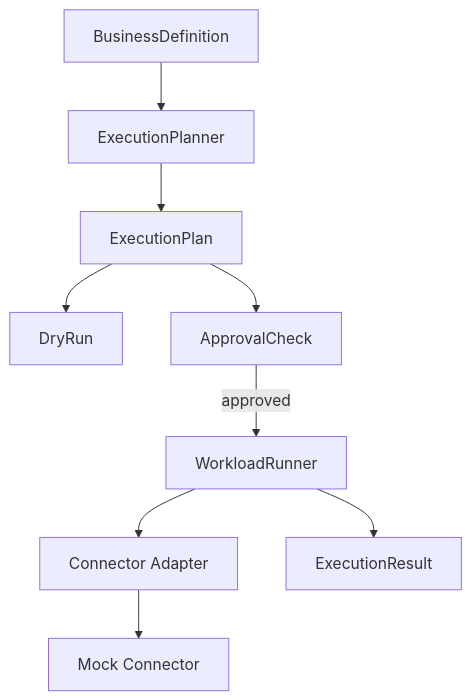
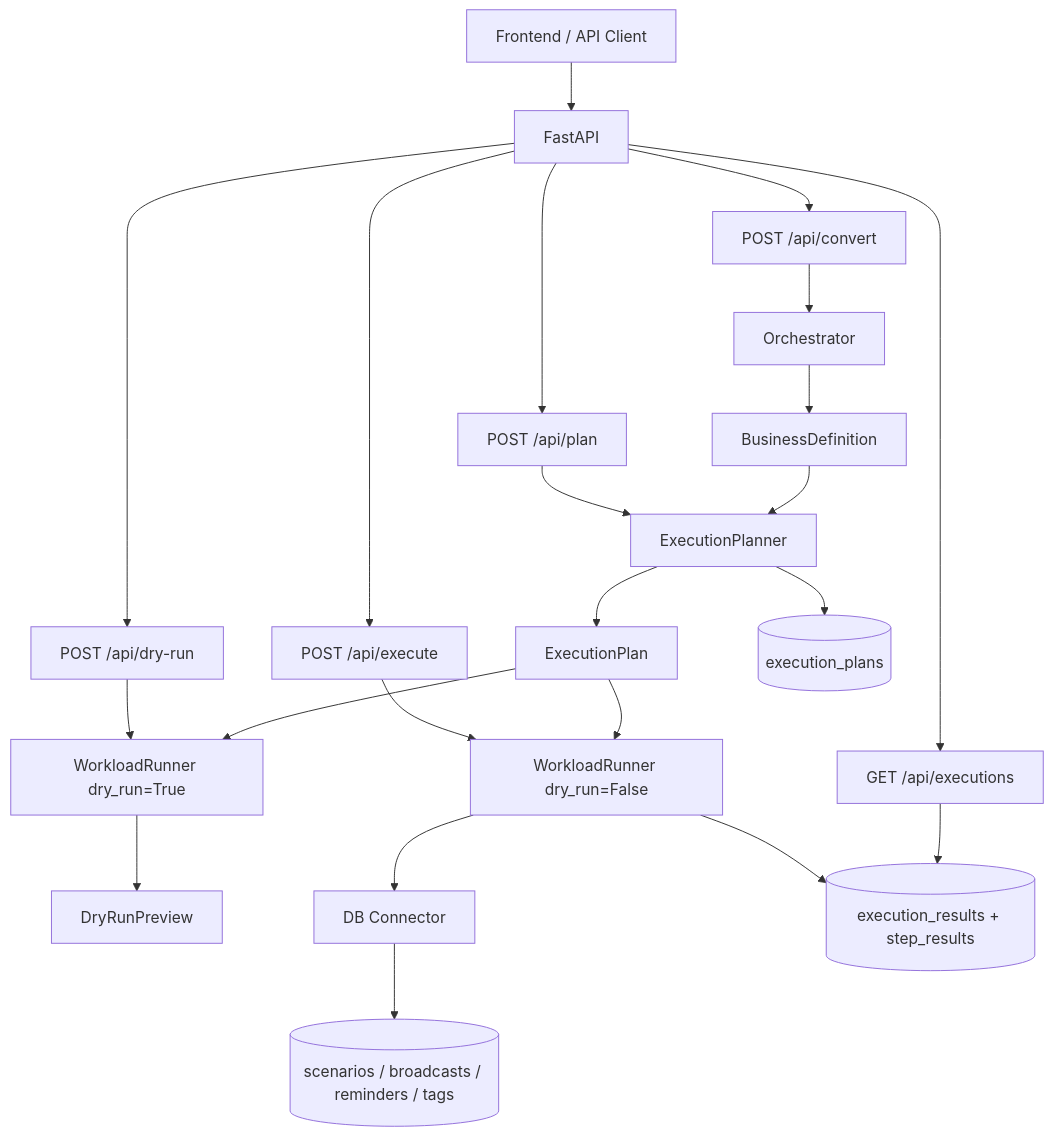
Before and after one commit to KazuakiWatanabe/agentic-bizflow: the second of 2 diagrams in README.md, drawn with Mermaid. The commit also changed other lines of this file and 39 other files, not shown here.

````diff
--- a/README.md
+++ b/README.md
@@ -92,11 +108,30 @@
 ```mermaid
 flowchart TB
-  BD[BusinessDefinition] --> EP[ExecutionPlanner]
-  EP --> PLAN[ExecutionPlan]
-  PLAN --> DRY[DryRun]
-  PLAN --> APPROVAL[ApprovalCheck]
-  APPROVAL -->|approved| WR[WorkloadRunner]
-  WR --> CA[Connector Adapter]
-  CA --> MC[Mock Connector]
-  WR --> ER[ExecutionResult]
+    UI[Frontend / API Client] --> API[FastAPI]
+
+    API --> CONVERT[POST /api/convert]
+    API --> PLAN_EP[POST /api/plan]
+    API --> DRYRUN_EP[POST /api/dry-run]
+    API --> EXEC_EP[POST /api/execute]
+    API --> HISTORY_EP[GET /api/executions]
+
+    CONVERT --> ORCH[Orchestrator]
+    ORCH --> BD[BusinessDefinition]
+
+    PLAN_EP --> EP[ExecutionPlanner]
+    BD --> EP
+    EP --> PLAN[ExecutionPlan]
+    EP --> DB_PLAN[(execution_plans)]
+
+    DRYRUN_EP --> WR_DRY[WorkloadRunner dry_run=True]
+    PLAN --> WR_DRY
+    WR_DRY --> PREVIEW[DryRunPreview]
+
+    EXEC_EP --> WR[WorkloadRunner dry_run=False]
+    PLAN --> WR
+    WR --> CONN[DB Connector]
+    CONN --> DB_DOMAIN[(scenarios / broadcasts / reminders / tags)]
+    WR --> DB_RESULT[(execution_results + step_results)]
+
+    HISTORY_EP --> DB_RESULT
 ```
````
